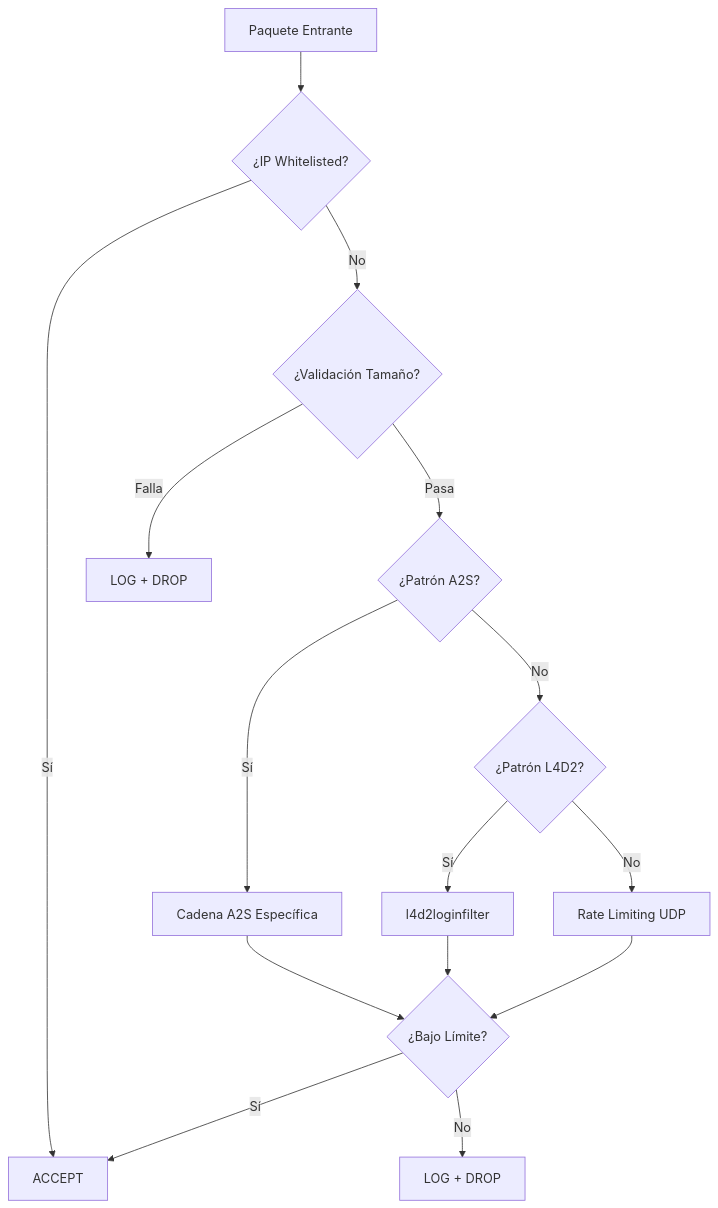
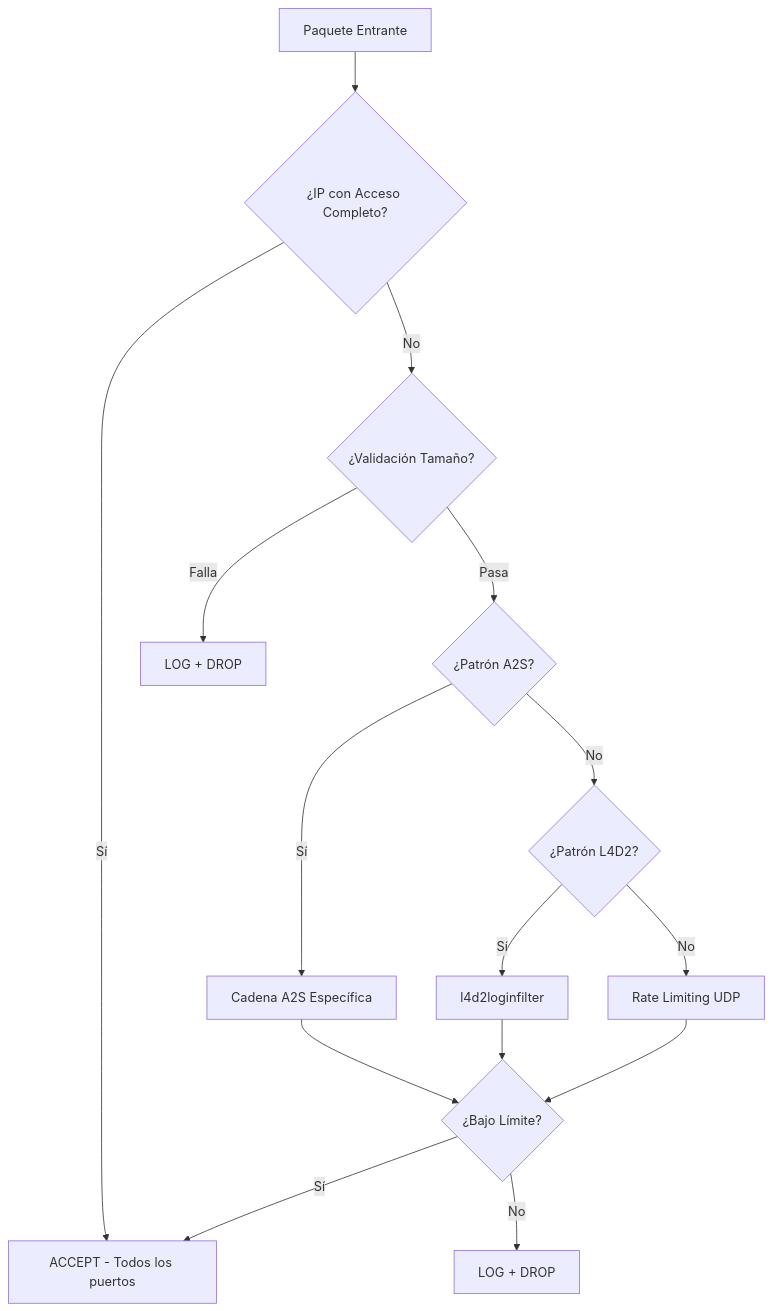
The diagram in docs/iptables.rules.md (AoC-Gamers/L4D2-Iptable-Suite), drawn with Mermaid before and after one commit. The commit also changed other lines of this file and 3 other files, not shown here.

Commit message:
Actualizar documentación sobre IPs de confianza: aclarar acceso completo al sistema y riesgos asociados

````diff
--- a/docs/iptables.rules.md
+++ b/docs/iptables.rules.md
@@ -117,17 +140,17 @@
 ```mermaid
 graph TD
-    A[Paquete Entrante] --> B{¿IP Whitelisted?}
-    B -->|Sí| C[ACCEPT]
+    A[Paquete Entrante] --> B{¿IP con Acceso Completo?}
+    B -->|Sí| C[ACCEPT - Todos los puertos]
     B -->|No| D{¿Validación Tamaño?}
     D -->|Falla| E[LOG + DROP]
     D -->|Pasa| F{¿Patrón A2S?}
     F -->|Sí| G[Cadena A2S Específica]
     F -->|No| H{¿Patrón L4D2?}
     H -->|Sí| I[l4d2loginfilter]
     H -->|No| J[Rate Limiting UDP]
     G --> K{¿Bajo Límite?}
     I --> K
     J --> K
     K -->|Sí| C
     K -->|No| L[LOG + DROP]
 ```
````
